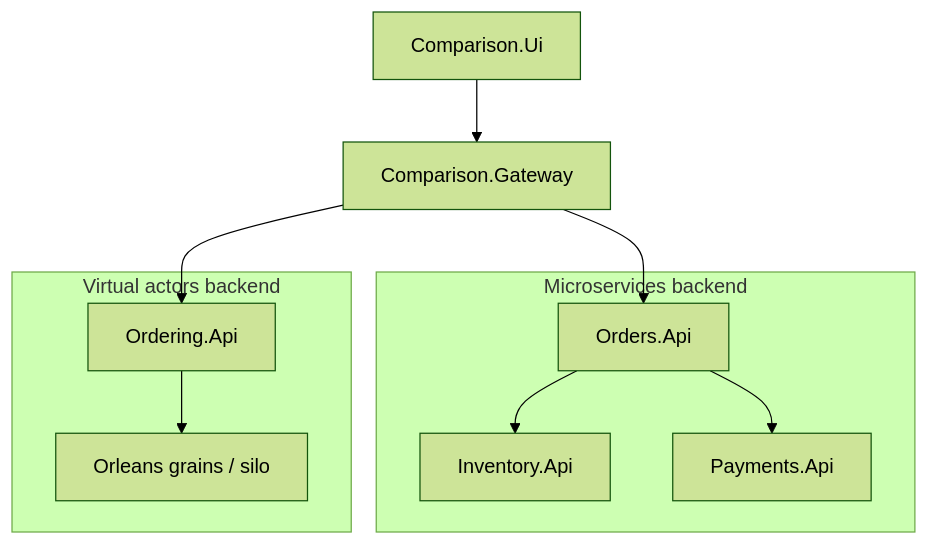
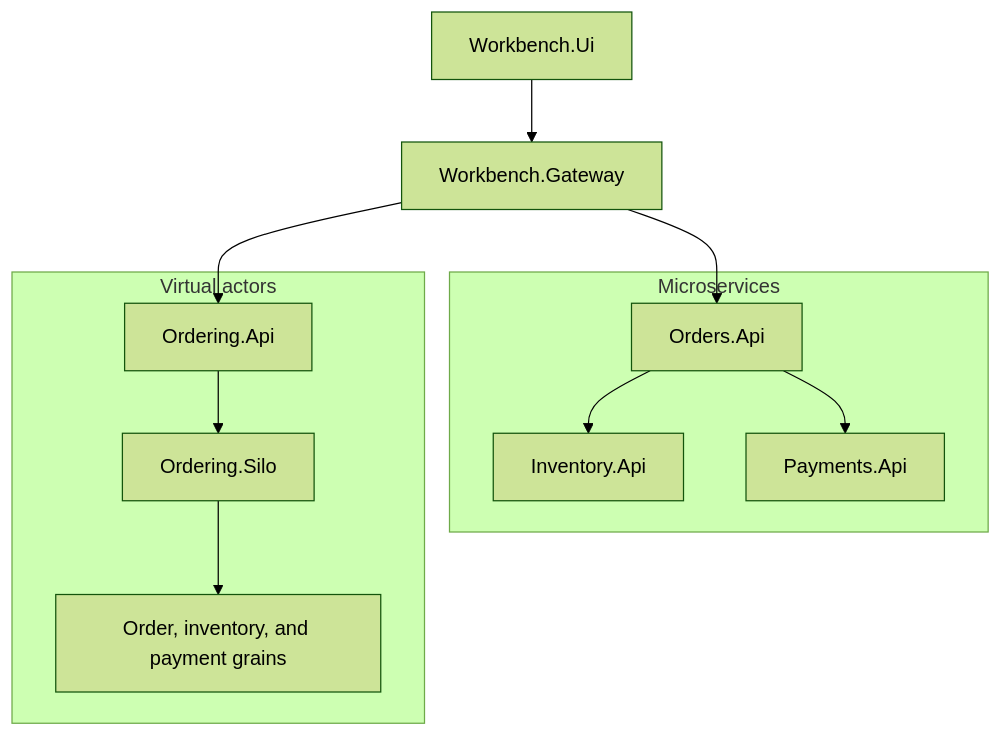
The third of 3 diagrams in docs/05-deployment-comparison.md (petesramek/microservices-vs-virtual-actors), drawn with Mermaid (forest theme) before and after one commit. The commit also changed other lines of this file and 39 other files, not shown here.

````diff
--- a/docs/05-deployment-comparison.md
+++ b/docs/05-deployment-comparison.md
@@ -237,23 +213,25 @@
 ```mermaid
 flowchart TB
-    FullUI[Comparison.Ui]
-    FullGateway[Comparison.Gateway]
+    UI[Workbench.Ui]
+    Gateway[Workbench.Gateway]
 
-    subgraph Microservices backend
-        OrdersApi[Orders.Api]
-        InventoryApi[Inventory.Api]
-        PaymentsApi[Payments.Api]
+    subgraph Microservices
+        Orders[Orders.Api]
+        Inventory[Inventory.Api]
+        Payments[Payments.Api]
     end
 
-    subgraph Virtual actors backend
-        OrderingApi2[Ordering.Api]
-        Grains[Orleans grains / silo]
+    subgraph VirtualActors[Virtual actors]
+        OrderingApi[Ordering.Api]
+        OrderingSilo[Ordering.Silo]
+        Grains[Order, inventory, and payment grains]
     end
 
-    FullUI --> FullGateway
-    FullGateway --> OrdersApi
-    OrdersApi --> InventoryApi
-    OrdersApi --> PaymentsApi
-    FullGateway --> OrderingApi2
-    OrderingApi2 --> Grains
+    UI --> Gateway
+    Gateway --> Orders
+    Orders --> Inventory
+    Orders --> Payments
+    Gateway --> OrderingApi
+    OrderingApi --> OrderingSilo
+    OrderingSilo --> Grains
 ```
````
